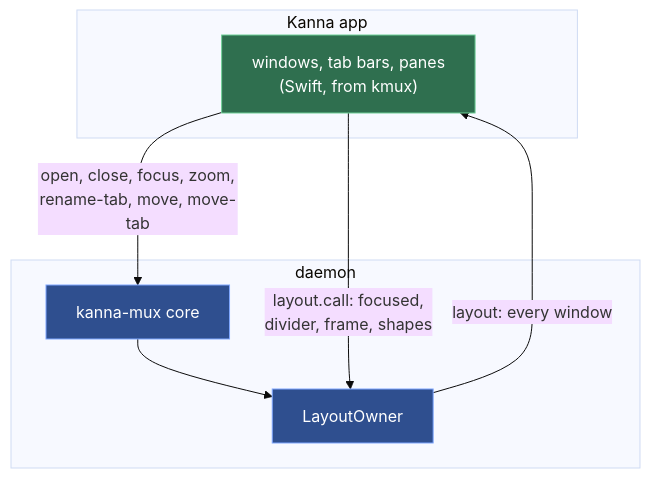
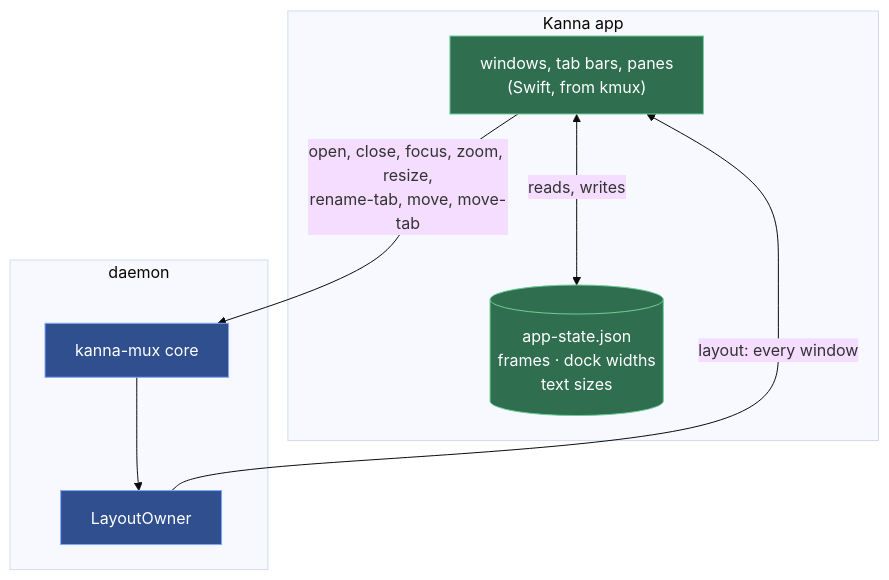
One commit to tampopogk/kanna changed the first of 2 diagrams in docs/specs/windows.md. Above: the diagram before and after it, drawn with Mermaid (base theme). The commit also changed other lines of this file and 15 other files, not shown here.

````diff
--- a/docs/specs/windows.md
+++ b/docs/specs/windows.md
@@ -28,16 +28,17 @@
 ```mermaid
 flowchart TB
     subgraph A["Kanna app"]
         UI["windows, tab bars, panes<br/>(Swift, from kmux)"]
+        PH[("app-state.json<br/>frames · dock widths<br/>text sizes")]
+        UI <-->|"reads, writes"| PH
     end
     subgraph D["daemon"]
         CORE["kanna-mux core"] --> OWNER["LayoutOwner"]
     end
-    UI -->|"open, close, focus, zoom,<br/>rename-tab, move, move-tab"| CORE
-    UI -->|"layout.call: focused,<br/>divider, frame, shapes"| OWNER
+    UI -->|"open, close, focus, zoom, resize,<br/>rename-tab, move, move-tab"| CORE
     OWNER -->|"layout: every window"| UI
     classDef kanna fill:#2f6f4f,stroke:#6fcf97,color:#ffffff
     classDef kmux fill:#2f4f8f,stroke:#7fa7ff,color:#ffffff
-    class UI kanna
+    class UI,PH kanna
     class OWNER,CORE kmux
 ```
````
